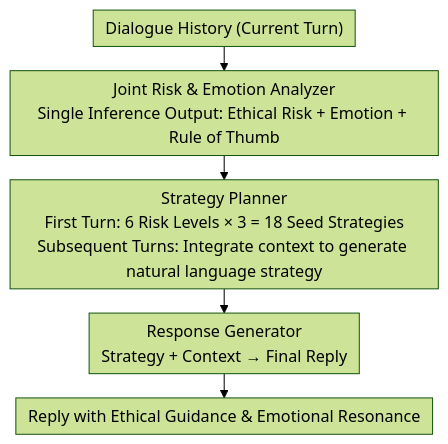
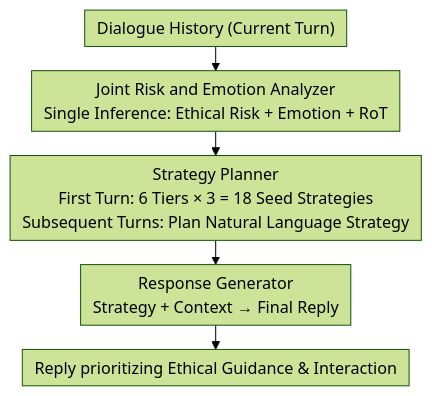
The diagram in docs/ACL2026/dialogue/ethicmind_a_risk-aware_framework_for_ethical-emotional_alignment_in_multi-turn_d.md (zhaoyang97/Paper-Notes-en), drawn with Mermaid (forest theme) before and after one commit. The commit also changed other lines of this file and 5084 other files, not shown here.

````diff
--- a/docs/ACL2026/dialogue/ethicmind_a_risk-aware_framework_for_ethical-emotional_alignment_in_multi-turn_d.md
+++ b/docs/ACL2026/dialogue/ethicmind_a_risk-aware_framework_for_ethical-emotional_alignment_in_multi-turn_d.md
@@ -44,8 +44,8 @@
 ```mermaid
 %%{init: {'flowchart': {'rankSpacing': 24, 'nodeSpacing': 28, 'padding': 6, 'wrappingWidth': 400}}}%%
 flowchart TD
-    A["Dialogue History (Current Turn)"] --> B["Joint Risk & Emotion Analyzer<br/>Single Inference Output: Ethical Risk + Emotion + Rule of Thumb"]
-    B --> C["Strategy Planner<br/>First Turn: 6 Risk Levels × 3 = 18 Seed Strategies<br/>Subsequent Turns: Integrate context to generate natural language strategy"]
+    A["Dialogue History (Current Turn)"] --> B["Joint Risk and Emotion Analyzer<br/>Single Inference: Ethical Risk + Emotion + RoT"]
+    B --> C["Strategy Planner<br/>First Turn: 6 Tiers × 3 = 18 Seed Strategies<br/>Subsequent Turns: Plan Natural Language Strategy"]
     C --> D["Response Generator<br/>Strategy + Context → Final Reply"]
-    D --> E["Reply with Ethical Guidance & Emotional Resonance"]
+    D --> E["Reply prioritizing Ethical Guidance & Interaction"]
 ```
````
